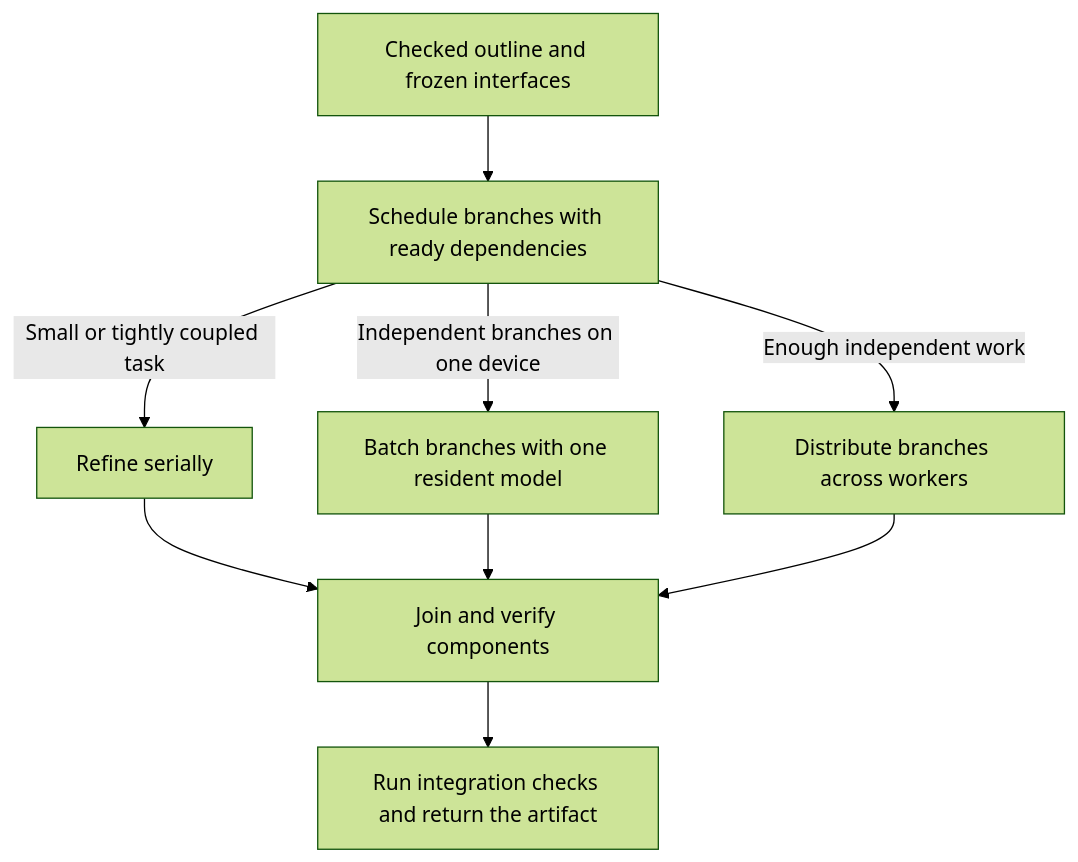
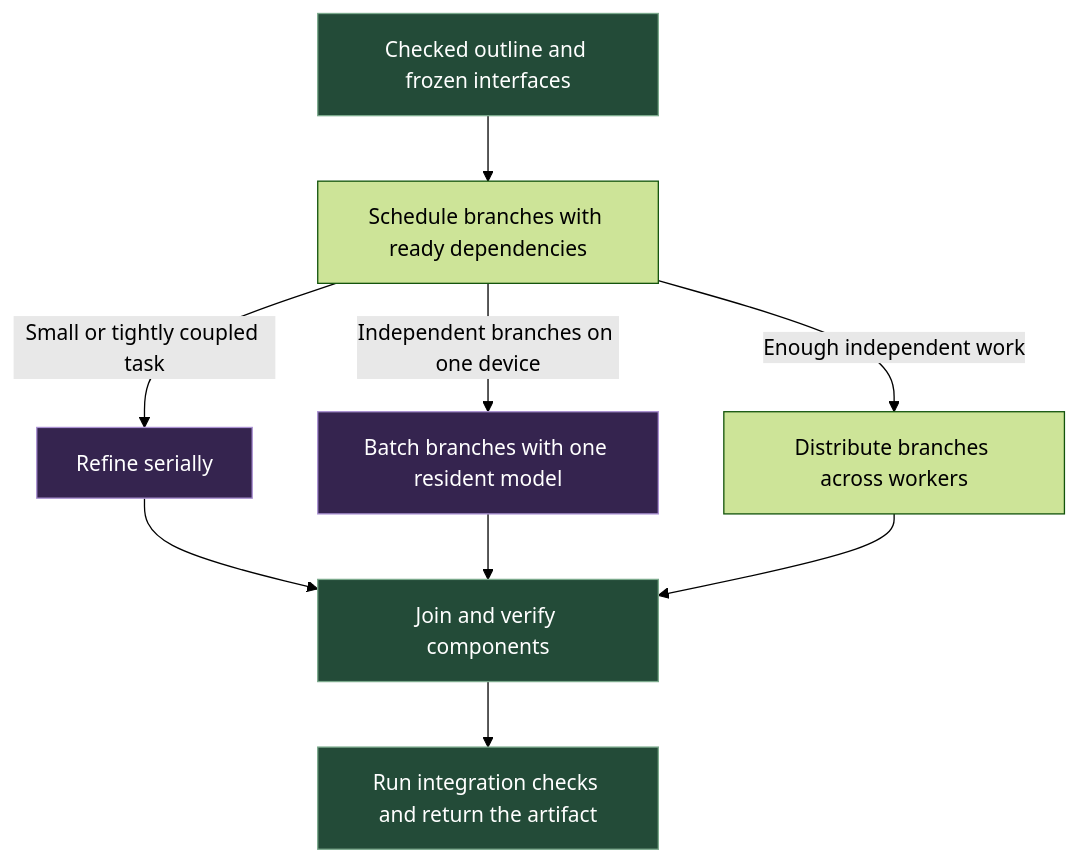
Before and after one commit to Kian-hdr/lore-demo: the fourth of 5 diagrams in docs/Architecture.md, drawn with Mermaid (forest theme). The commit also changed other lines of this file and 7 other files, not shown here.

Commit message:
IND-317 visualize memory architecture and use numeric hierarchy codes

````diff
--- a/docs/Architecture.md
+++ b/docs/Architecture.md
@@ -86,11 +107,15 @@
 ```mermaid
 flowchart TD
     A["Checked outline and frozen interfaces"] --> B["Schedule branches with ready dependencies"]
     B -->|Small or tightly coupled task| C["Refine serially"]
     B -->|Independent branches on one device| D["Batch branches with one resident model"]
     B -->|Enough independent work| E["Distribute branches across workers"]
     C --> F["Join and verify components"]
     D --> F
     E --> F
     F --> G["Run integration checks and return the artifact"]
+    classDef check fill:#234b38,stroke:#7ba98c,color:#ffffff;
+    class A,F,G check;
+    classDef plan fill:#35244f,stroke:#aa91d2,color:#ffffff;
+    class C,D plan;
 ```
````
